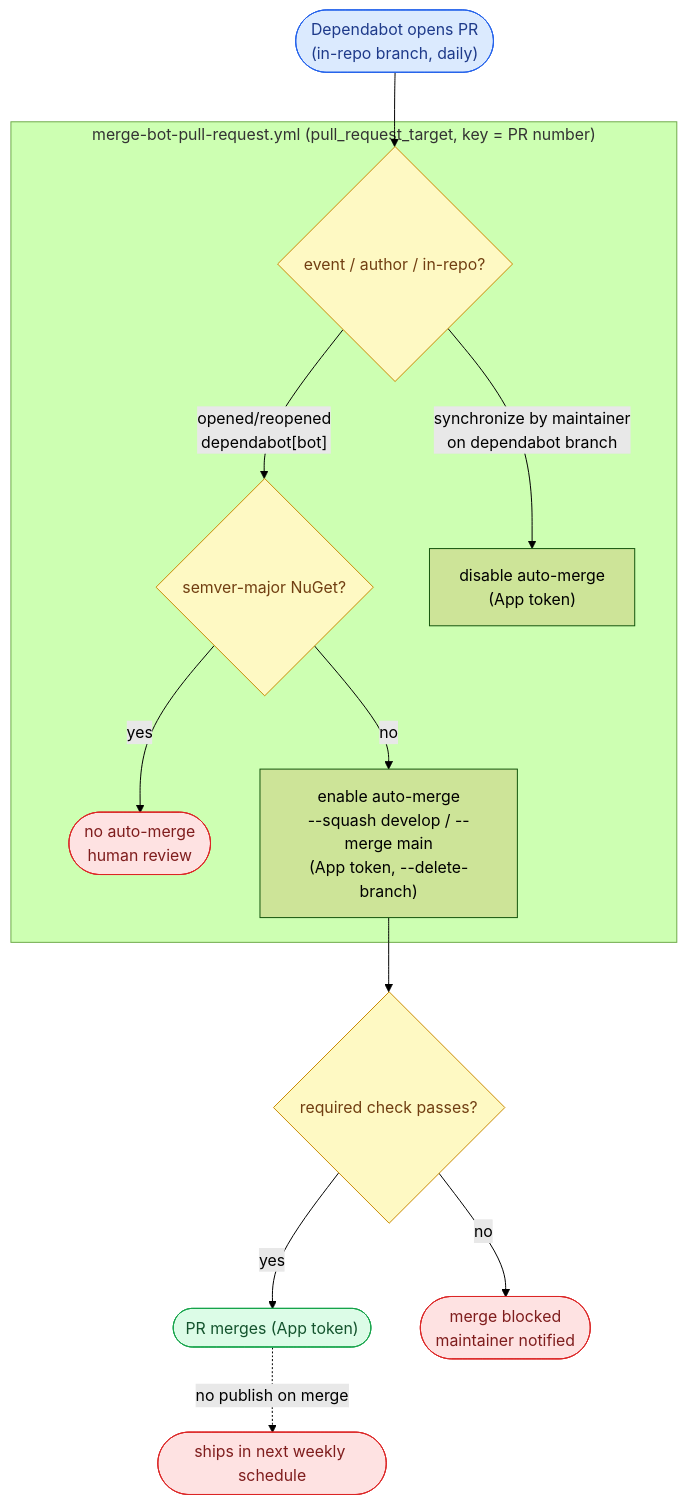
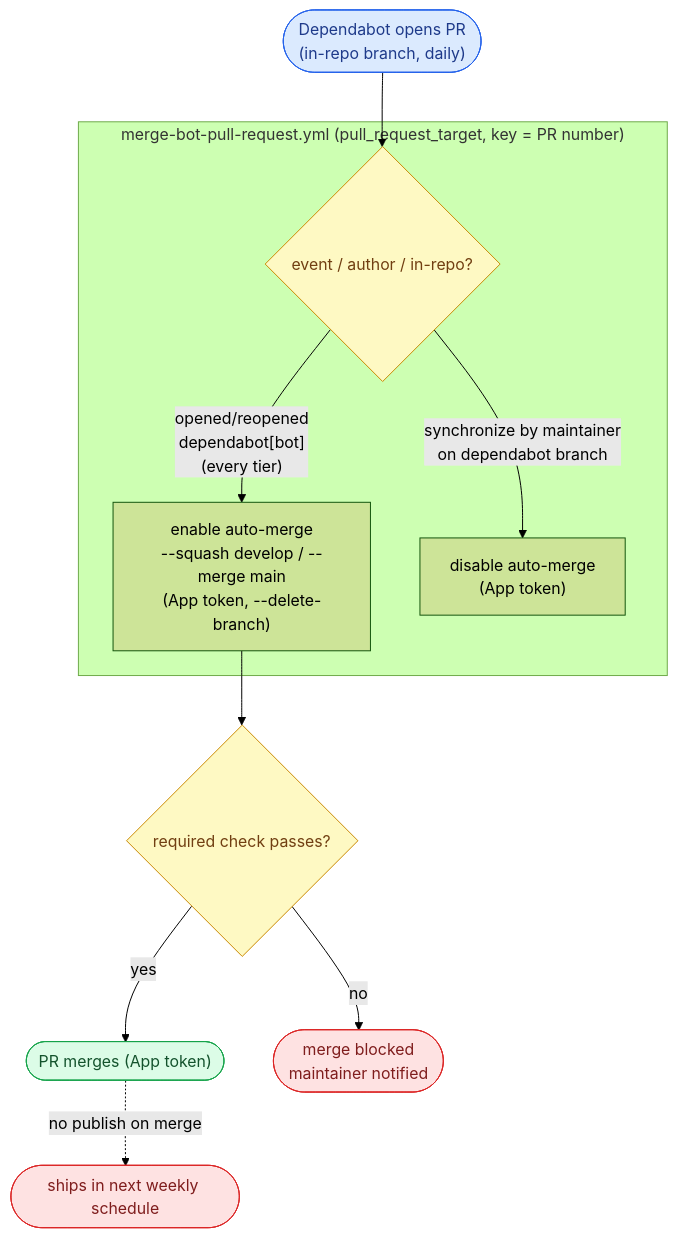
One commit to ptr727/PlexCleaner changed the third of 3 diagrams in WORKFLOW.md. Above: the diagram before and after it, drawn with Mermaid (forest theme). The commit also changed other lines of this file and 2 other files, not shown here.

First line of the commit message:
Auto-merge every Dependabot tier, drop semver-major skip (#799)

````diff
--- a/WORKFLOW.md
+++ b/WORKFLOW.md
@@ -255,19 +254,17 @@
 ```mermaid
 flowchart TD
     DEP(["Dependabot opens PR<br/>(in-repo branch, daily)"]):::trig --> MB
     subgraph MBT ["merge-bot-pull-request.yml (pull_request_target, key = PR number)"]
         MB{"event / author / in-repo?"}:::gate
-        MB -- "opened/reopened<br/>dependabot[bot]" --> MAJ{"semver-major NuGet?"}:::gate
-        MAJ -- "yes" --> HUM(["no auto-merge<br/>human review"]):::stop
-        MAJ -- "no" --> EN["enable auto-merge<br/>--squash develop / --merge main<br/>(App token, --delete-branch)"]
+        MB -- "opened/reopened<br/>dependabot[bot]<br/>(every tier)" --> EN["enable auto-merge<br/>--squash develop / --merge main<br/>(App token, --delete-branch)"]
         MB -- "synchronize by maintainer<br/>on dependabot branch" --> DIS["disable auto-merge<br/>(App token)"]
     end
     EN --> CK{"required check passes?"}:::gate
     CK -- "yes" --> MRG(["PR merges (App token)"]):::pub
     CK -- "no" --> BLK(["merge blocked<br/>maintainer notified"]):::stop
     MRG -. "no publish on merge" .-> NEXT(["ships in next weekly schedule"]):::stop
     classDef trig fill:#dbeafe,stroke:#2563eb,color:#1e3a8a
     classDef gate fill:#fef9c3,stroke:#ca8a04,color:#713f12
     classDef pub fill:#dcfce7,stroke:#16a34a,color:#14532d
     classDef stop fill:#fee2e2,stroke:#dc2626,color:#7f1d1d
 ```
````
